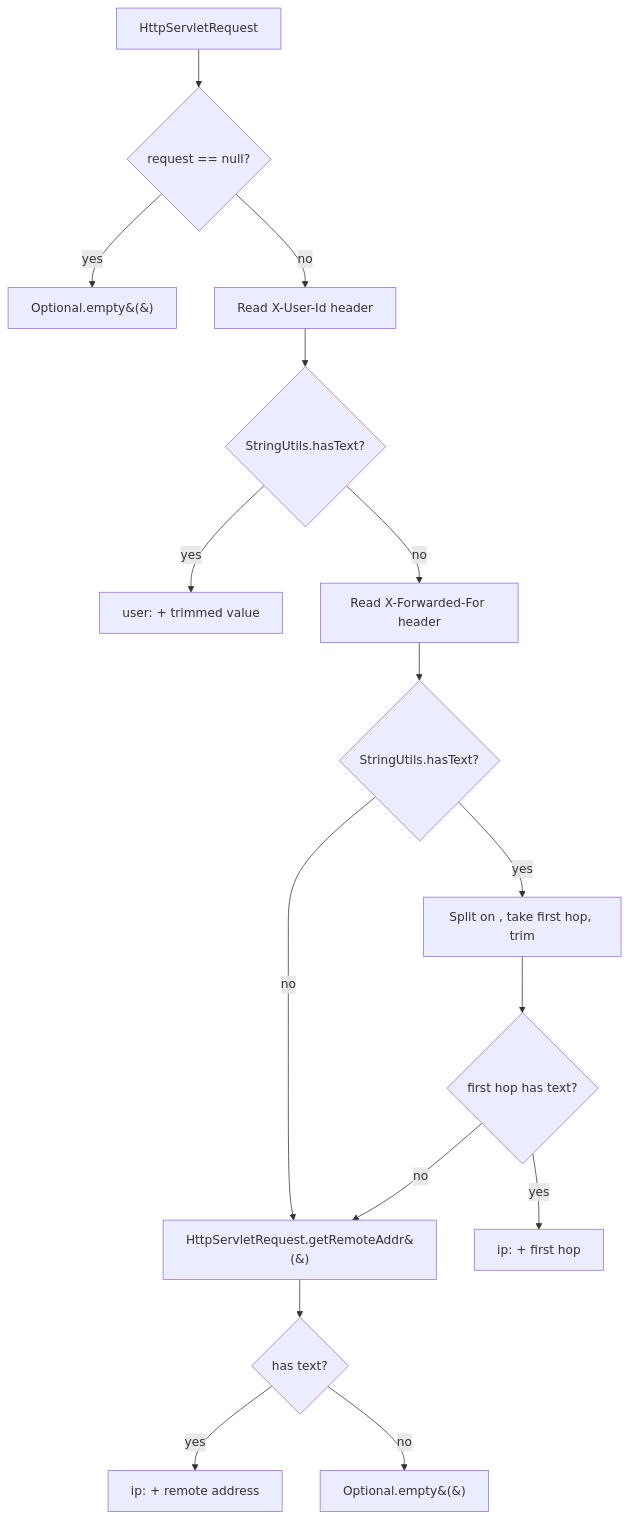
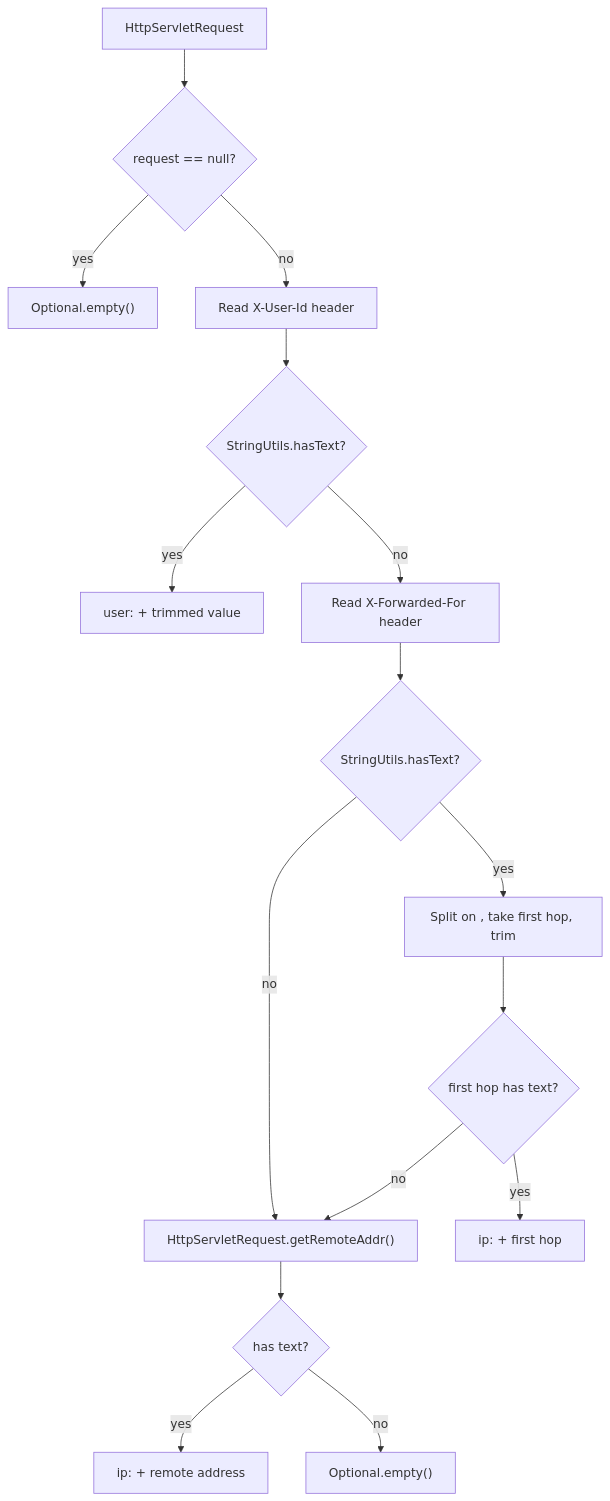
The fifth of 7 diagrams in doc/rate-limiting.md (tufangorel/spring-boot-hibernate-bidirectional-many-to-one-relationship-mapping), drawn with Mermaid before and after one commit. The commit also changed other lines of this file, not shown here.

First line of the commit message:
docs: fix Mermaid in rate-limiting.md for GitHub rich display

````diff
--- a/doc/rate-limiting.md
+++ b/doc/rate-limiting.md
@@ -279,18 +281,18 @@
 ```mermaid
 flowchart TD
     A[HttpServletRequest] --> Null{request == null?}
-    Null -- yes --> Empty1[Optional.empty&#40;&#41;]
+    Null -- yes --> Empty1["Optional.empty()"]
     Null -- no --> Header
     Header[Read X-User-Id header] --> HeaderHas{StringUtils.hasText?}
-    HeaderHas -- yes --> User[user: + trimmed value]
+    HeaderHas -- yes --> User["user: + trimmed value"]
     HeaderHas -- no --> Forwarded
     Forwarded[Read X-Forwarded-For header] --> ForwardedHas{StringUtils.hasText?}
     ForwardedHas -- no --> Remote
     ForwardedHas -- yes --> SplitFirst[Split on , take first hop, trim]
     SplitFirst --> FirstHas{first hop has text?}
-    FirstHas -- yes --> Ip1[ip: + first hop]
+    FirstHas -- yes --> Ip1["ip: + first hop"]
     FirstHas -- no --> Remote
-    Remote[HttpServletRequest.getRemoteAddr&#40;&#41;] --> RemoteHas{has text?}
-    RemoteHas -- yes --> Ip2[ip: + remote address]
-    RemoteHas -- no --> Empty2[Optional.empty&#40;&#41;]
+    Remote["HttpServletRequest.getRemoteAddr()"] --> RemoteHas{has text?}
+    RemoteHas -- yes --> Ip2["ip: + remote address"]
+    RemoteHas -- no --> Empty2["Optional.empty()"]
 ```
````
